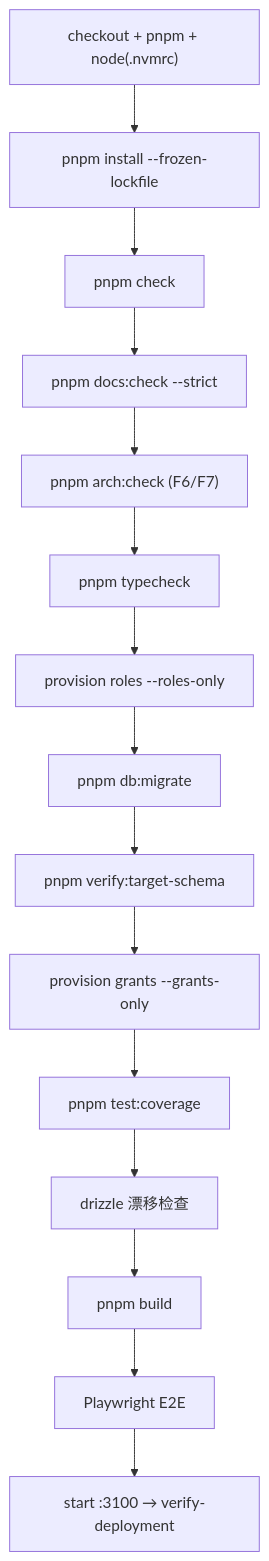
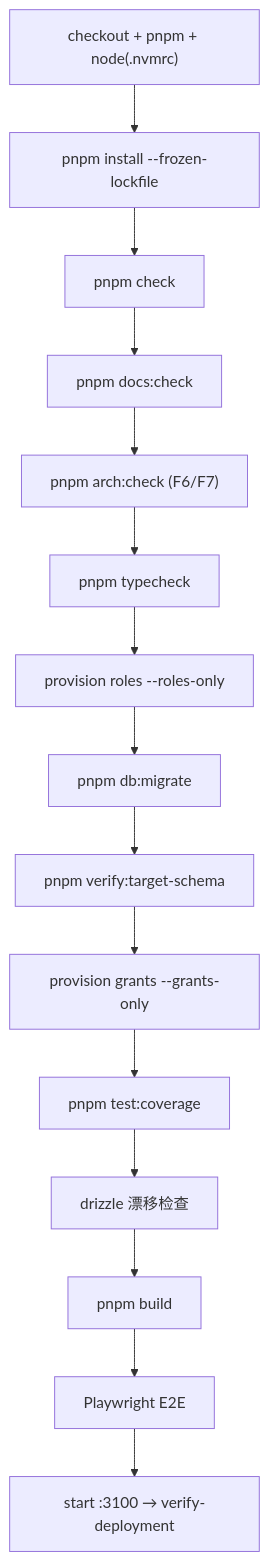
One commit to bobo522487/gramps changed the second of 2 diagrams in docs/development.md. Above: the diagram before and after it, drawn with Mermaid. The commit also changed other lines of this file and 10 other files, not shown here.

````diff
--- a/docs/development.md
+++ b/docs/development.md
@@ -173,17 +151,17 @@
 ```mermaid
 flowchart TB
   A["checkout + pnpm + node(.nvmrc)"] --> B["pnpm install --frozen-lockfile"]
   B --> C["pnpm check"]
-  C --> D["pnpm docs:check --strict"]
+  C --> D["pnpm docs:check"]
   D --> E["pnpm arch:check (F6/F7)"]
   E --> F["pnpm typecheck"]
   F --> G["provision roles --roles-only"]
   G --> H["pnpm db:migrate"]
   H --> I["pnpm verify:target-schema"]
   I --> J["provision grants --grants-only"]
   J --> K["pnpm test:coverage"]
   K --> L["drizzle 漂移检查"]
   L --> M["pnpm build"]
   M --> N["Playwright E2E"]
   N --> O["start :3100 → verify-deployment"]
 ```
````
